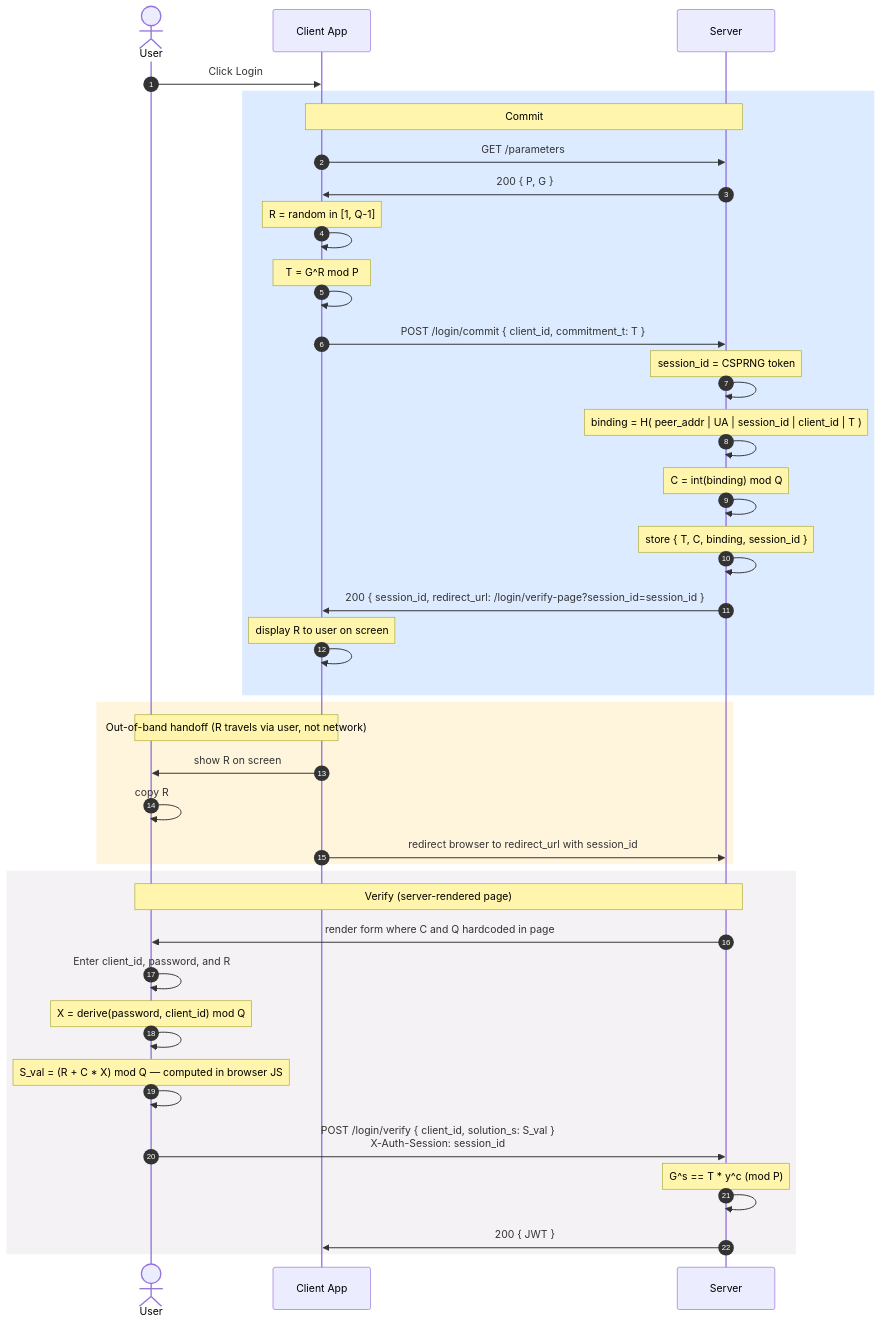
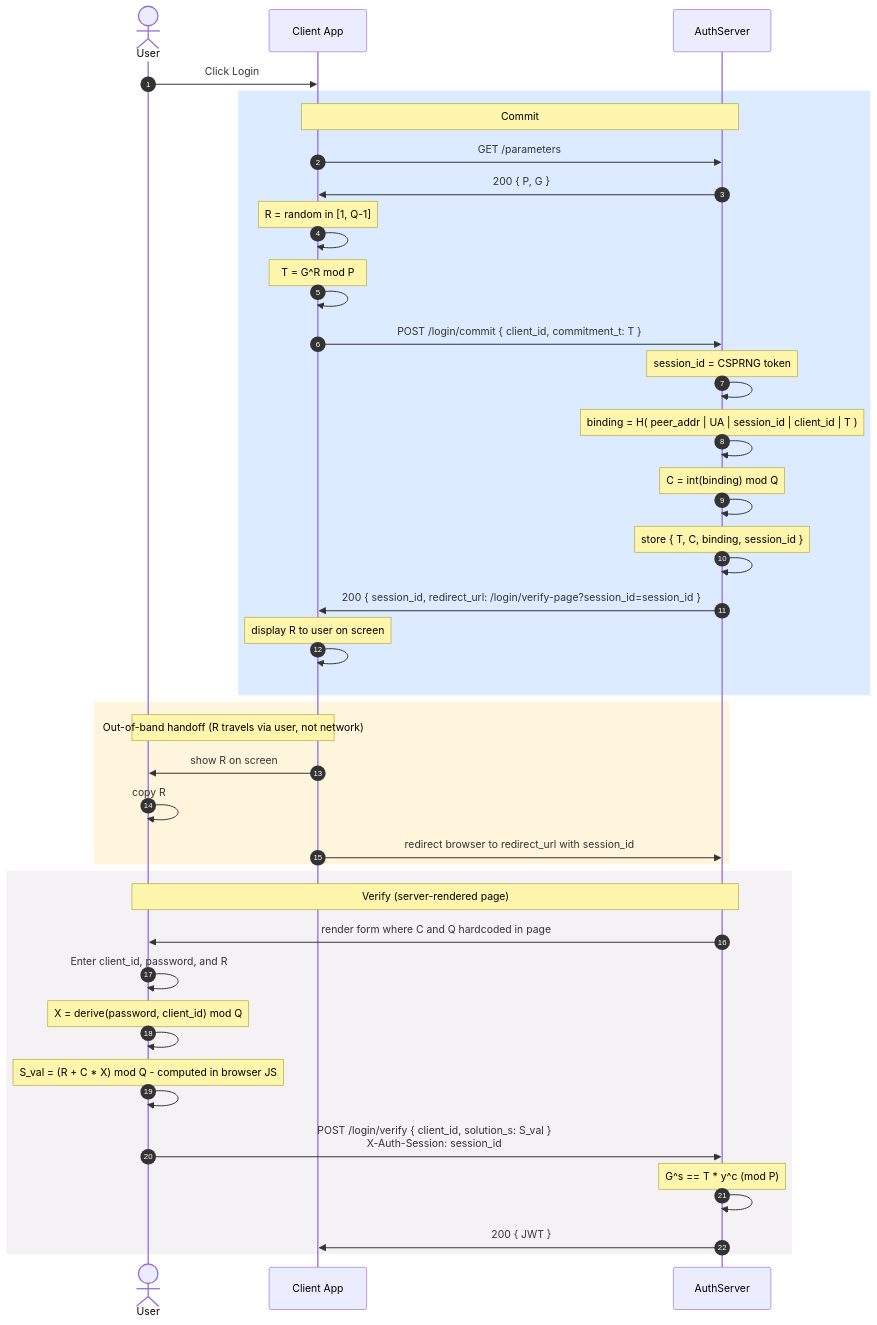
The diagram in diagrams/done/new/upgrade.mmd (matei-rares-a/acas), drawn with Mermaid before and after one commit. The commit also changed 50 other files, not shown here.

```diff
--- a/diagrams/done/new/upgrade.mmd
+++ b/diagrams/done/new/upgrade.mmd
@@ -1,50 +1,50 @@
 sequenceDiagram
     autonumber
     actor U as User
     participant App as Client App
-    participant S as Server
+    participant S as  AuthServer
 
     U->>App: Click Login
 
     rect rgb(220, 235, 255)
     Note over App,S: Commit
     App->>S: GET /parameters
     S->>App: 200 { P, G }
     Note over App: R = random in [1, Q-1]
     App->>App: 
     Note over App: T = G^R mod P
     App->>App: 
     App->>S: POST /login/commit  { client_id, commitment_t: T }
     Note over S: session_id = CSPRNG token
     S->>S: 
     Note over S: binding = H( peer_addr | UA | session_id | client_id | T )
     S->>S: 
     Note over S: C = int(binding) mod Q
     S->>S: 
     Note over S: store { T, C, binding, session_id }
     S->>S: 
     S->>App: 200 { session_id, redirect_url: /login/verify-page?session_id=session_id }
     Note over App: display R to user on screen
     App->>App: 
     end
 
     rect rgb(255, 245, 220)
     Note over U,App: Out-of-band handoff  (R travels via user, not network)
     App->>U: show R on screen
     U->>U: copy R
     App->>S: redirect browser to redirect_url with session_id
     end
 
     rect rgb(244, 242, 245)
     Note over U,S: Verify  (server-rendered page)
     S->>U: render form  where C and Q hardcoded in page
     U->>U: Enter client_id, password, and R
     Note over U: X = derive(password, client_id) mod Q
     U->>U: 
-    Note over U: S_val = (R + C * X) mod Q  — computed in browser JS
+    Note over U: S_val = (R + C * X) mod Q  - computed in browser JS
     U->>U: 
     U->>S: POST /login/verify  { client_id, solution_s: S_val }<br/>X-Auth-Session: session_id
     Note over S: G^s == T * y^c  (mod P)
     S->>S: 
     S->>App: 200 { JWT }
     end
```
